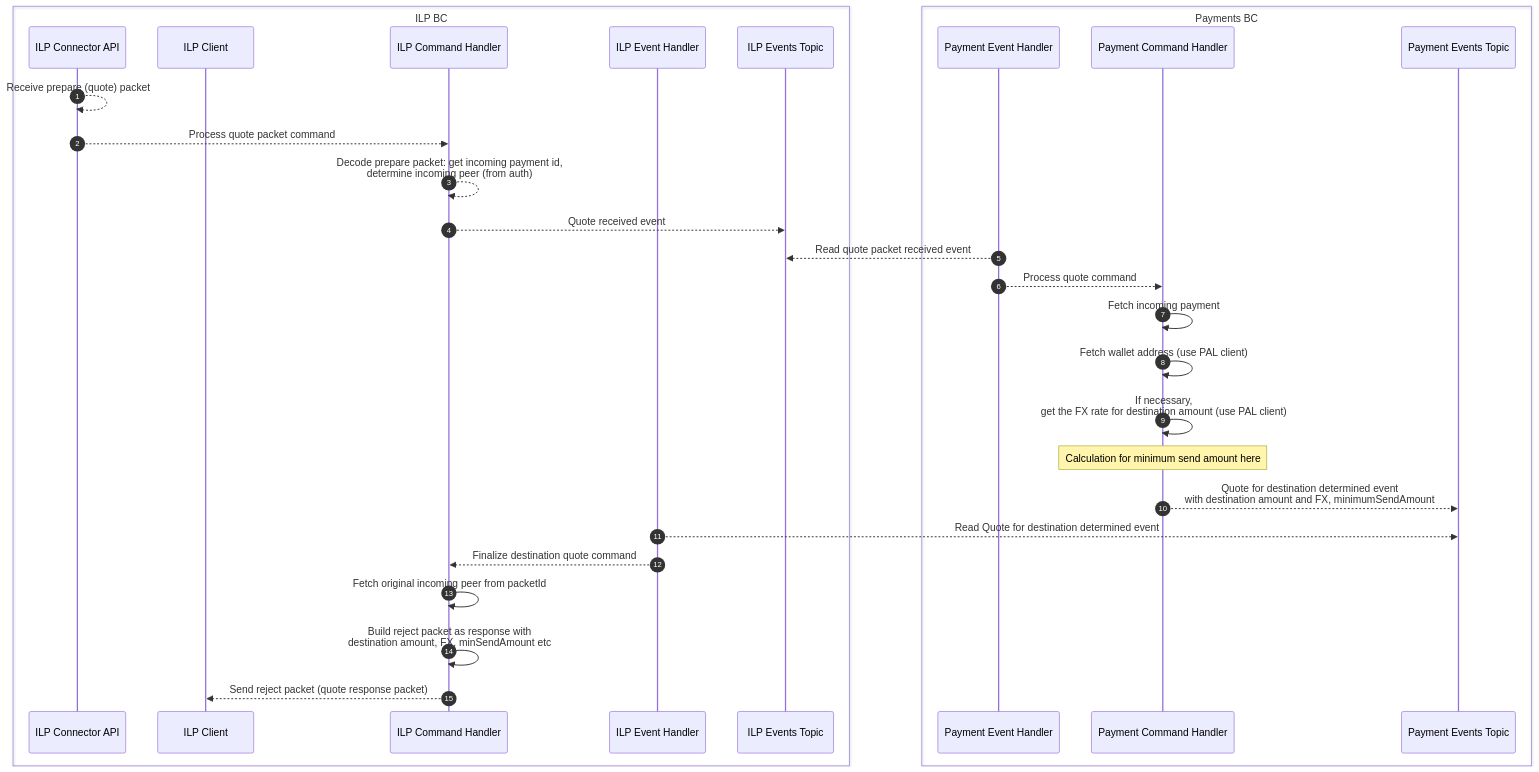
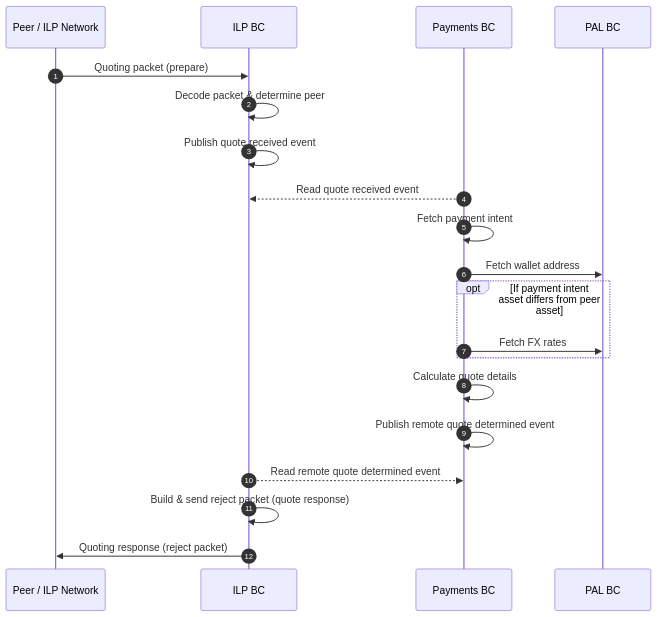
One commit to JayPokale/rhyza changed the diagram in internal-docs/sequence-diagrams/ILP/Remote Quote - Receving.md. Above: the diagram before and after it, drawn with Mermaid. The commit also changed 1 other file, not shown here.

Commit message:
feat: update quoting diagrams

````diff
--- a/internal-docs/sequence-diagrams/ILP/Remote Quote - Receving.md
+++ b/internal-docs/sequence-diagrams/ILP/Remote Quote - Receving.md
@@ -3,51 +3,27 @@
 ```mermaid
 sequenceDiagram
 	autonumber
 
 
-    box ILP BC
-    participant ILPAPI as ILP Connector API
-    participant ILPC as ILP Client
-	participant ILP as ILP Command Handler
-    participant ILPEH as ILP Event Handler
-    participant ILPET as ILP Events Topic
+    participant Peer as Peer / ILP Network
+    participant ILPBC as ILP BC
+    participant PBC as Payments BC
+    participant PAL as PAL BC
+
+    Peer ->> ILPBC: Quoting packet (prepare)
+    ILPBC ->> ILPBC: Decode packet & determine peer
+    ILPBC ->> ILPBC: Publish quote received event
+
+    PBC -->> ILPBC: Read quote received event
+    PBC ->> PBC: Fetch payment intent
+    PBC ->> PAL: Fetch wallet address
+    opt If payment intent asset differs from peer asset
+    PBC ->> PAL: Fetch FX rates
     end
+    PBC ->> PBC: Calculate quote details
+    PBC ->> PBC: Publish remote quote determined event
 
-    %% box PAL (Peers, Accounts, Liquidity) BC
-    %% participant PALEH as Accounts & Liquidity Event Handler
-    %% participant PALCH as Accounts & Liquidity Command Handler
-    %% participant PALET as Accounts & Liquidity Events Topic
-    %% end
-
-    box Payments BC
-	participant PEH as Payment Event Handler
-    participant PCH as Payment Command Handler
-    participant PET as Payment Events Topic
-    end
-
-
-
-    ILPAPI-->>ILPAPI: Receive prepare (quote) packet
-    ILPAPI -->> ILP: Process quote packet command
-    %% Or we decode in the ILPAPI
-    ILP-->>ILP: Decode prepare packet: get incoming payment id,<br>determine incoming peer (from auth)
-    ILP-->>ILPET: Quote received event
-    PEH -->> ILPET: Read quote packet received event
-    PEH -->> PCH: Process quote command
-    PCH ->> PCH: Fetch incoming payment
-    PCH ->> PCH: Fetch wallet address (use PAL client)
-    PCH ->> PCH: If necessary, <br>get the FX rate for destination amount (use PAL client)
-    Note over PCH: Calculation for minimum send amount here
-    PCH -->> PET: Quote for destination determined event<br>with destination amount and FX, minimumSendAmount
-    ILPEH -->> PET: Read Quote for destination determined event
-    ILPEH -->> ILP: Finalize destination quote command
-    ILP ->> ILP: Fetch original incoming peer from packetId
-    ILP ->> ILP: Build reject packet as response with <br>destination amount, FX, minSendAmount etc
-    ILP -->> ILPC: Send reject packet (quote response packet)
-
-
-    %% PALCH ->> PALCH: If necessary, get the FX rate for destination amount
-    %% PEH -->> PCH: Process prepare packet command
-    %% PCH->>PCH: Validate incoming payment <br> (completed), fetch peer details (ie asset)
-    %%
+    ILPBC -->> PBC: Read remote quote determined event
+    ILPBC ->> ILPBC: Build & send reject packet (quote response)
+    ILPBC ->> Peer: Quoting response (reject packet)
 ```
````
